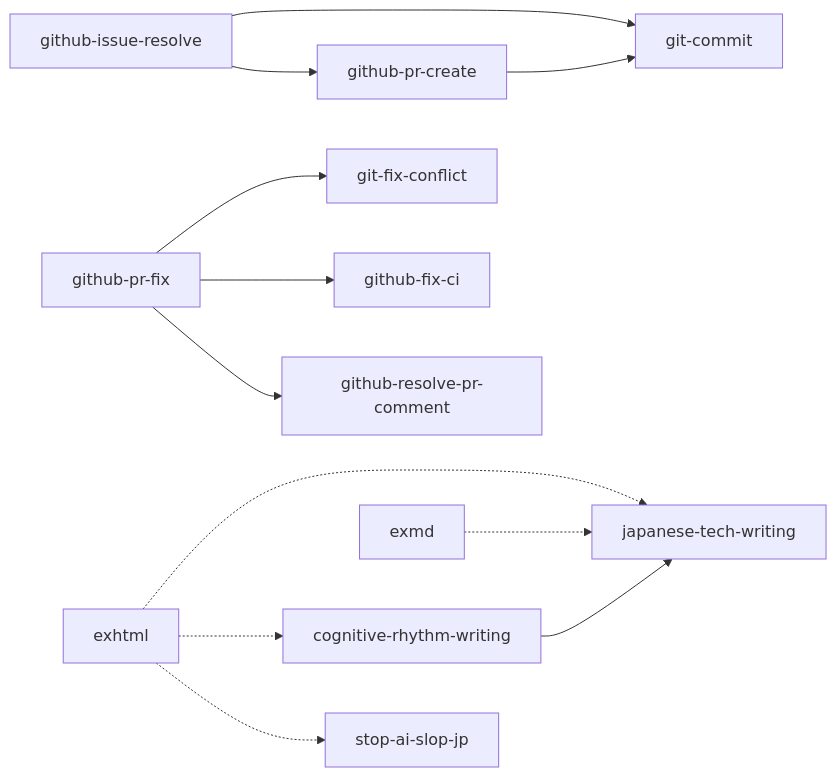
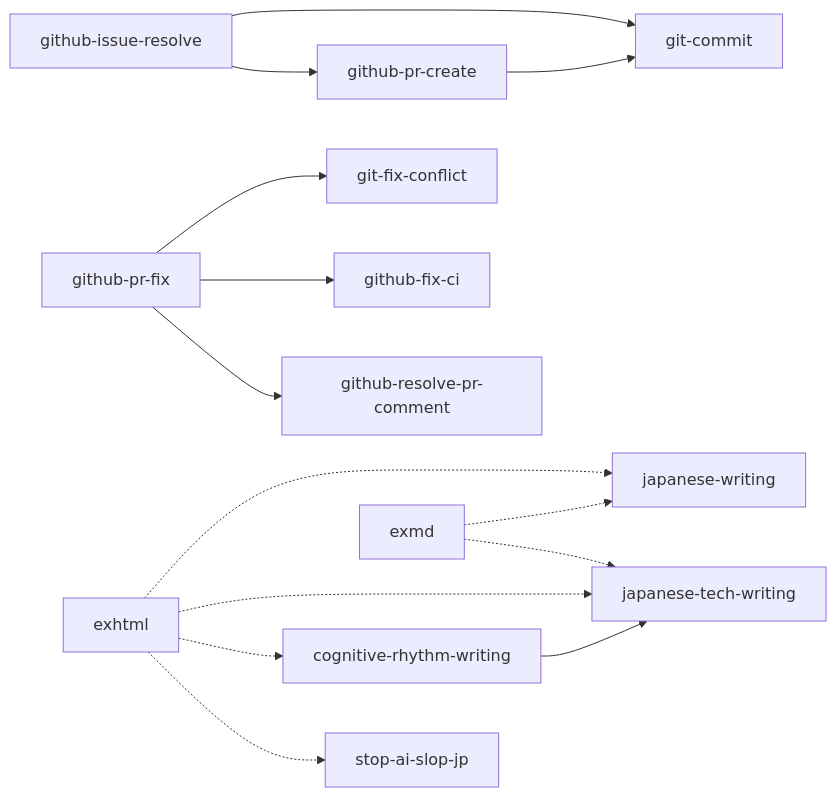
Before and after one commit to mjun0812/skills: the diagram in README.md, drawn with Mermaid. The commit also changed 12 other files, not shown here.

First line of the commit message:
feat: call japanese-writing from exhtml and exmd

````diff
--- a/README.md
+++ b/README.md
@@ -102,9 +102,9 @@
 ```mermaid
 flowchart LR
     github-issue-resolve --> git-commit & github-pr-create
     github-pr-create --> git-commit
     github-pr-fix --> git-fix-conflict & github-fix-ci & github-resolve-pr-comment
     cognitive-rhythm-writing --> japanese-tech-writing
-    exhtml -.-> japanese-tech-writing & cognitive-rhythm-writing & stop-ai-slop-jp
-    exmd -.-> japanese-tech-writing
+    exhtml -.-> japanese-writing & japanese-tech-writing & cognitive-rhythm-writing & stop-ai-slop-jp
+    exmd -.-> japanese-writing & japanese-tech-writing
 ```
````
